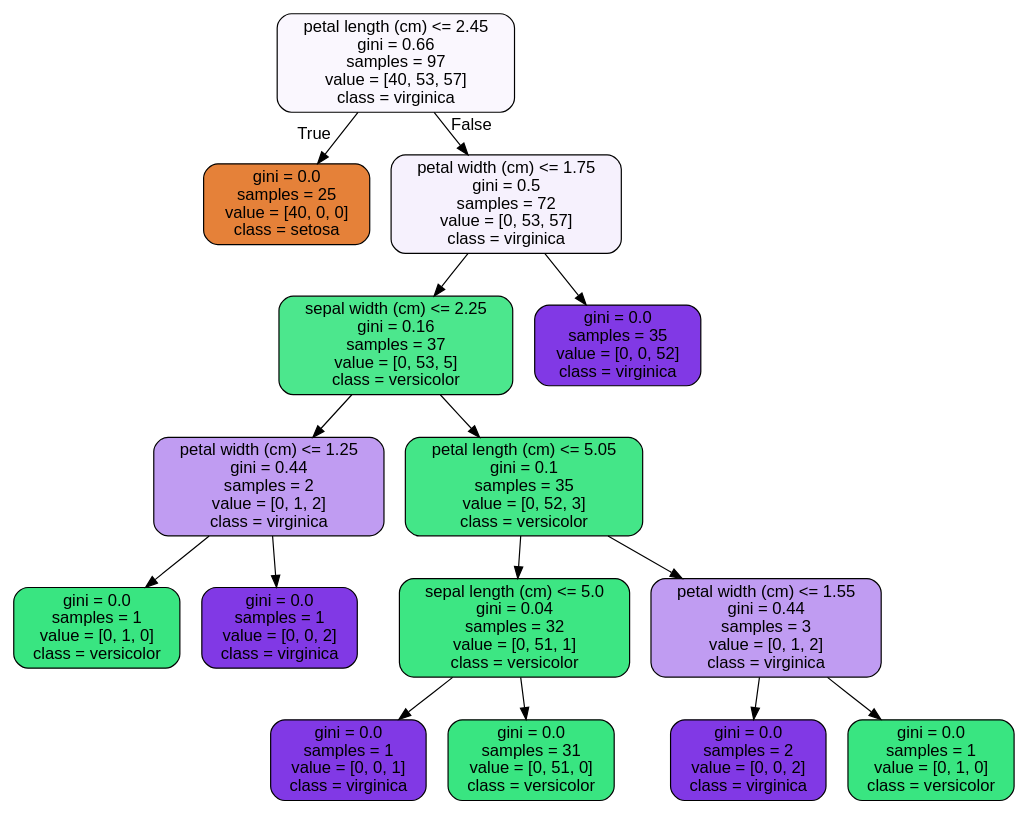
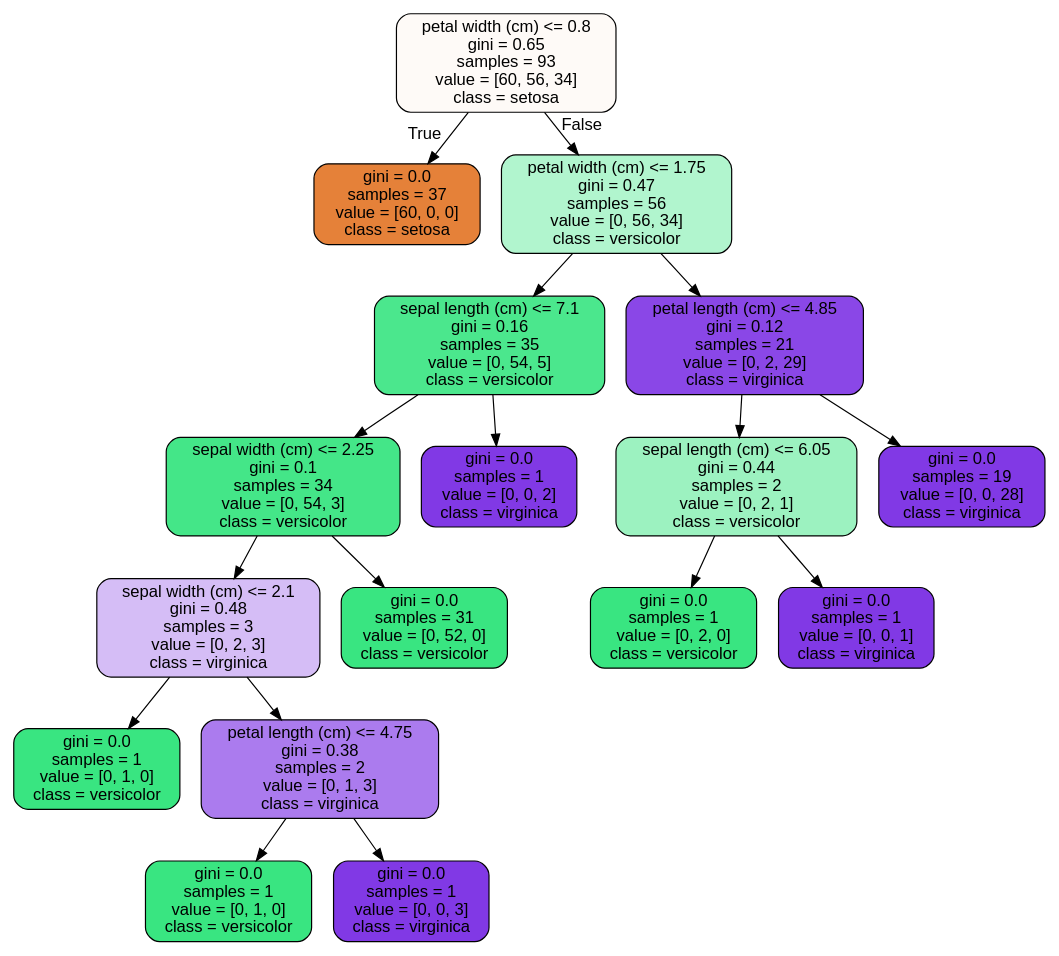
Before and after one commit to Hienquang/SpringBoard: the diagram in RandomForest Covid Case Study/tree.dot, drawn with Graphviz. The commit also changed 3 other files, not shown here.

```diff
--- a/RandomForest Covid Case Study/tree.dot
+++ b/RandomForest Covid Case Study/tree.dot
@@ -1,33 +1,37 @@
 digraph Tree {
 node [shape=box, style="filled, rounded", color="black", fontname=helvetica] ;
 edge [fontname=helvetica] ;
-0 [label="petal length (cm) <= 2.45\ngini = 0.66\nsamples = 97\nvalue = [40, 53, 57]\nclass = virginica", fillcolor="#faf7fe"] ;
-1 [label="gini = 0.0\nsamples = 25\nvalue = [40, 0, 0]\nclass = setosa", fillcolor="#e58139"] ;
+0 [label="petal width (cm) <= 0.8\ngini = 0.65\nsamples = 93\nvalue = [60, 56, 34]\nclass = setosa", fillcolor="#fefaf7"] ;
+1 [label="gini = 0.0\nsamples = 37\nvalue = [60, 0, 0]\nclass = setosa", fillcolor="#e58139"] ;
 0 -> 1 [labeldistance=2.5, labelangle=45, headlabel="True"] ;
-2 [label="petal width (cm) <= 1.75\ngini = 0.5\nsamples = 72\nvalue = [0, 53, 57]\nclass = virginica", fillcolor="#f6f1fd"] ;
+2 [label="petal width (cm) <= 1.75\ngini = 0.47\nsamples = 56\nvalue = [0, 56, 34]\nclass = versicolor", fillcolor="#b1f5ce"] ;
 0 -> 2 [labeldistance=2.5, labelangle=-45, headlabel="False"] ;
-3 [label="sepal width (cm) <= 2.25\ngini = 0.16\nsamples = 37\nvalue = [0, 53, 5]\nclass = versicolor", fillcolor="#4ce78d"] ;
+3 [label="sepal length (cm) <= 7.1\ngini = 0.16\nsamples = 35\nvalue = [0, 54, 5]\nclass = versicolor", fillcolor="#4be78d"] ;
 2 -> 3 ;
-4 [label="petal width (cm) <= 1.25\ngini = 0.44\nsamples = 2\nvalue = [0, 1, 2]\nclass = virginica", fillcolor="#c09cf2"] ;
+4 [label="sepal width (cm) <= 2.25\ngini = 0.1\nsamples = 34\nvalue = [0, 54, 3]\nclass = versicolor", fillcolor="#44e688"] ;
 3 -> 4 ;
-5 [label="gini = 0.0\nsamples = 1\nvalue = [0, 1, 0]\nclass = versicolor", fillcolor="#39e581"] ;
+5 [label="sepal width (cm) <= 2.1\ngini = 0.48\nsamples = 3\nvalue = [0, 2, 3]\nclass = virginica", fillcolor="#d5bdf6"] ;
 4 -> 5 ;
-6 [label="gini = 0.0\nsamples = 1\nvalue = [0, 0, 2]\nclass = virginica", fillcolor="#8139e5"] ;
-4 -> 6 ;
-7 [label="petal length (cm) <= 5.05\ngini = 0.1\nsamples = 35\nvalue = [0, 52, 3]\nclass = versicolor", fillcolor="#44e688"] ;
-3 -> 7 ;
-8 [label="sepal length (cm) <= 5.0\ngini = 0.04\nsamples = 32\nvalue = [0, 51, 1]\nclass = versicolor", fillcolor="#3de683"] ;
+6 [label="gini = 0.0\nsamples = 1\nvalue = [0, 1, 0]\nclass = versicolor", fillcolor="#39e581"] ;
+5 -> 6 ;
+7 [label="petal length (cm) <= 4.75\ngini = 0.38\nsamples = 2\nvalue = [0, 1, 3]\nclass = virginica", fillcolor="#ab7bee"] ;
+5 -> 7 ;
+8 [label="gini = 0.0\nsamples = 1\nvalue = [0, 1, 0]\nclass = versicolor", fillcolor="#39e581"] ;
 7 -> 8 ;
-9 [label="gini = 0.0\nsamples = 1\nvalue = [0, 0, 1]\nclass = virginica", fillcolor="#8139e5"] ;
-8 -> 9 ;
-10 [label="gini = 0.0\nsamples = 31\nvalue = [0, 51, 0]\nclass = versicolor", fillcolor="#39e581"] ;
-8 -> 10 ;
-11 [label="petal width (cm) <= 1.55\ngini = 0.44\nsamples = 3\nvalue = [0, 1, 2]\nclass = virginica", fillcolor="#c09cf2"] ;
-7 -> 11 ;
-12 [label="gini = 0.0\nsamples = 2\nvalue = [0, 0, 2]\nclass = virginica", fillcolor="#8139e5"] ;
-11 -> 12 ;
-13 [label="gini = 0.0\nsamples = 1\nvalue = [0, 1, 0]\nclass = versicolor", fillcolor="#39e581"] ;
-11 -> 13 ;
-14 [label="gini = 0.0\nsamples = 35\nvalue = [0, 0, 52]\nclass = virginica", fillcolor="#8139e5"] ;
-2 -> 14 ;
+9 [label="gini = 0.0\nsamples = 1\nvalue = [0, 0, 3]\nclass = virginica", fillcolor="#8139e5"] ;
+7 -> 9 ;
+10 [label="gini = 0.0\nsamples = 31\nvalue = [0, 52, 0]\nclass = versicolor", fillcolor="#39e581"] ;
+4 -> 10 ;
+11 [label="gini = 0.0\nsamples = 1\nvalue = [0, 0, 2]\nclass = virginica", fillcolor="#8139e5"] ;
+3 -> 11 ;
+12 [label="petal length (cm) <= 4.85\ngini = 0.12\nsamples = 21\nvalue = [0, 2, 29]\nclass = virginica", fillcolor="#8a47e7"] ;
+2 -> 12 ;
+13 [label="sepal length (cm) <= 6.05\ngini = 0.44\nsamples = 2\nvalue = [0, 2, 1]\nclass = versicolor", fillcolor="#9cf2c0"] ;
+12 -> 13 ;
+14 [label="gini = 0.0\nsamples = 1\nvalue = [0, 2, 0]\nclass = versicolor", fillcolor="#39e581"] ;
+13 -> 14 ;
+15 [label="gini = 0.0\nsamples = 1\nvalue = [0, 0, 1]\nclass = virginica", fillcolor="#8139e5"] ;
+13 -> 15 ;
+16 [label="gini = 0.0\nsamples = 19\nvalue = [0, 0, 28]\nclass = virginica", fillcolor="#8139e5"] ;
+12 -> 16 ;
 }
```
